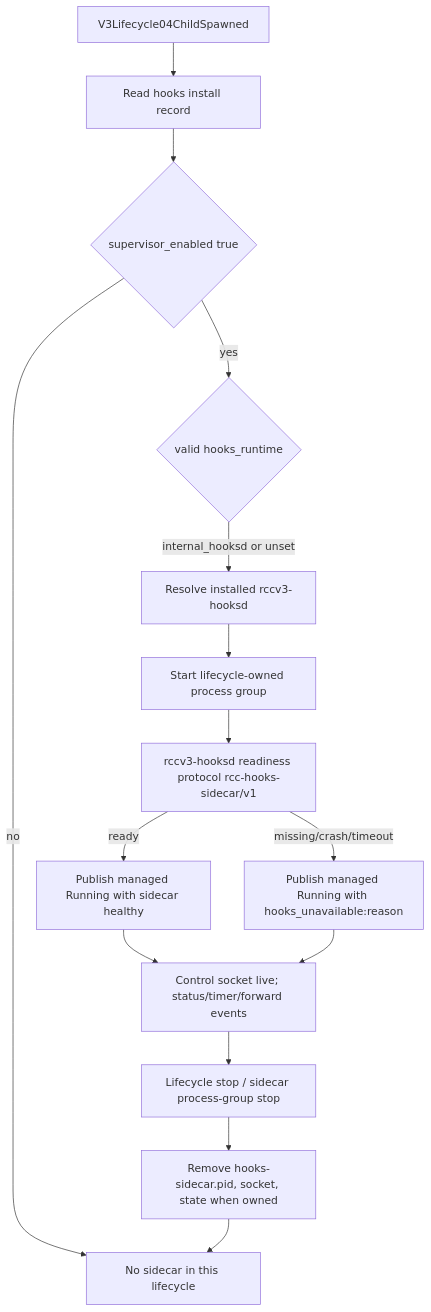
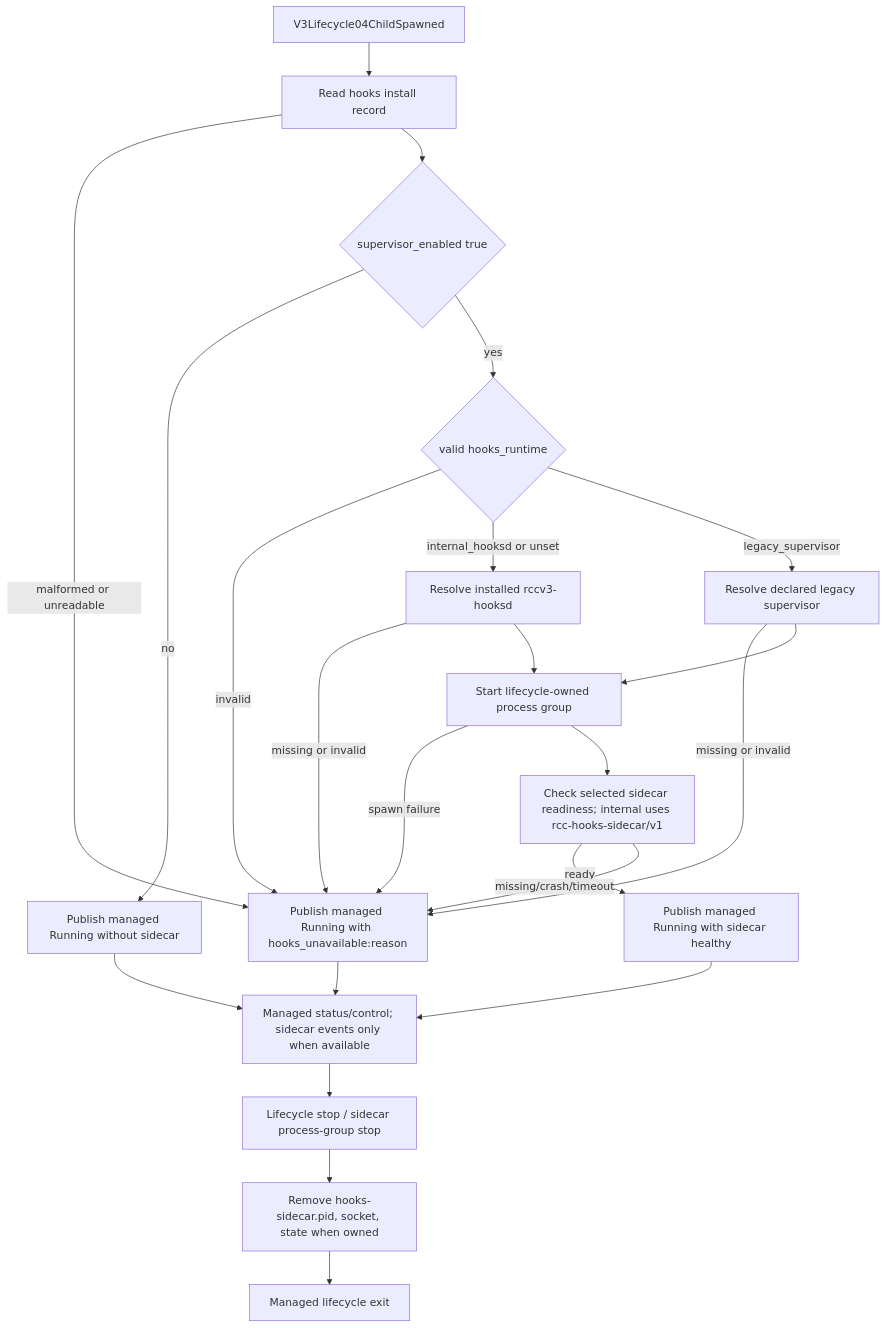
The second of 2 diagrams in docs/architecture/wiki/v3-managed-server-lifecycle.md (Jasonzhangf/routecodex), drawn with Mermaid before and after one commit. The commit also changed 2 other files, not shown here.

Commit message:
docs(v3): close hooks sidecar audit lock and lifecycle exits

````diff
--- a/docs/architecture/wiki/v3-managed-server-lifecycle.md
+++ b/docs/architecture/wiki/v3-managed-server-lifecycle.md
@@ -28,17 +28,25 @@
 ```mermaid
 flowchart TB
   A[V3Lifecycle04ChildSpawned] --> B[Read hooks install record]
+  B -- malformed or unreadable --> I[Publish managed Running with hooks_unavailable:reason]
   B --> C{supervisor_enabled true}
-  C -- no --> Z[No sidecar in this lifecycle]
+  C -- no --> N[Publish managed Running without sidecar]
   C -- yes --> D{valid hooks_runtime}
+  D -- invalid --> I
   D -- internal_hooksd or unset --> E[Resolve installed rccv3-hooksd]
+  D -- legacy_supervisor --> E2[Resolve declared legacy supervisor]
+  E -- missing or invalid --> I
   E --> F[Start lifecycle-owned process group]
-  F --> G[rccv3-hooksd readiness protocol rcc-hooks-sidecar/v1]
+  E2 -- missing or invalid --> I
+  E2 --> F
+  F -- spawn failure --> I
+  F --> G[Check selected sidecar readiness; internal uses rcc-hooks-sidecar/v1]
   G -- ready --> H[Publish managed Running with sidecar healthy]
   G -- missing/crash/timeout --> I[Publish managed Running with hooks_unavailable:reason]
-  H --> J[Control socket live; status/timer/forward events]
+  H --> J[Managed status/control; sidecar events only when available]
   I --> J
+  N --> J
   J --> K[Lifecycle stop / sidecar process-group stop]
   K --> L[Remove hooks-sidecar.pid, socket, state when owned]
-  L --> Z
+  L --> Z[Managed lifecycle exit]
 ```
````
